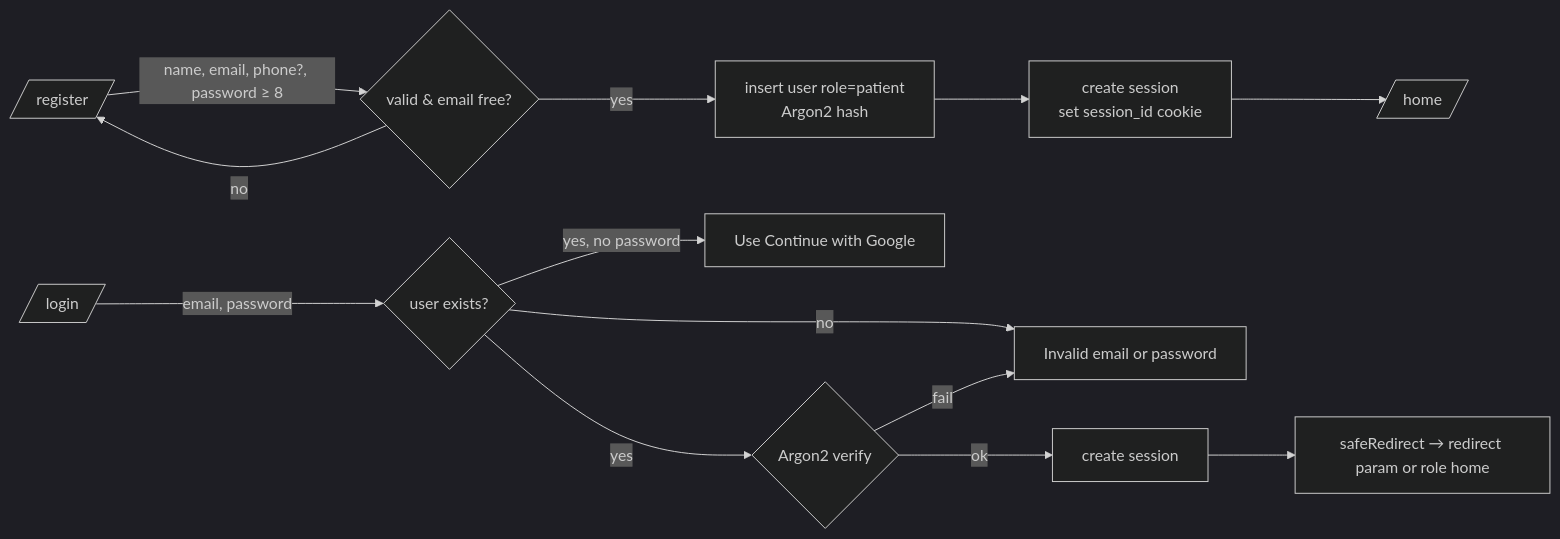
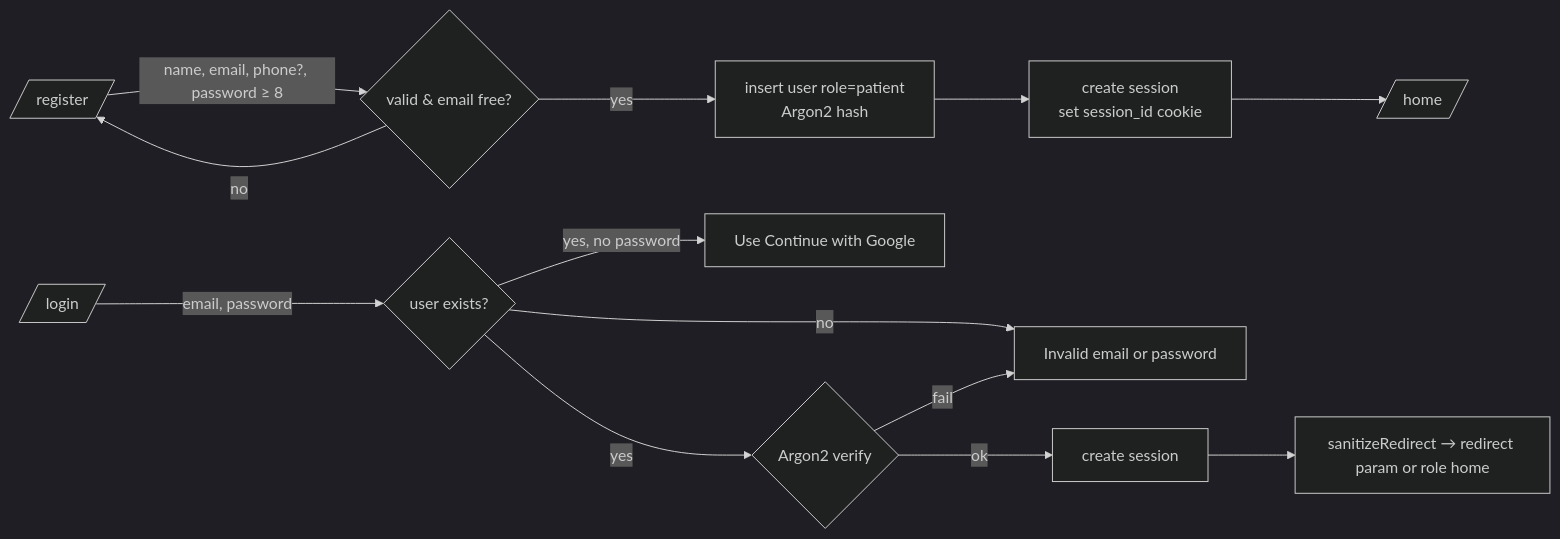
One commit to imamnura/emerald-hospital changed the fourth of 7 diagrams in docs/FLOW.MD. Above: the diagram before and after it, drawn with Mermaid (dark theme). The commit also changed other lines of this file and 12 other files, not shown here.

Commit message:
docs: update architecture, components, testing and tech-debt after refactor

````diff
--- a/docs/FLOW.MD
+++ b/docs/FLOW.MD
@@ -73,13 +73,13 @@
 ```mermaid
 flowchart LR
   R[/register/] -->|name, email, phone?, password ≥ 8| V{valid & email free?}
   V -->|no| R
   V -->|yes| U[insert user role=patient<br/>Argon2 hash] --> S[create session<br/>set session_id cookie] --> H[/home/]
 
   L[/login/] -->|email, password| Q{user exists?}
   Q -->|no| E[Invalid email or password]
   Q -->|yes, no password| G[Use Continue with Google]
   Q -->|yes| P{Argon2 verify}
   P -->|fail| E
-  P -->|ok| S2[create session] --> D[safeRedirect → redirect param or role home]
+  P -->|ok| S2[create session] --> D[sanitizeRedirect → redirect param or role home]
 ```
````
